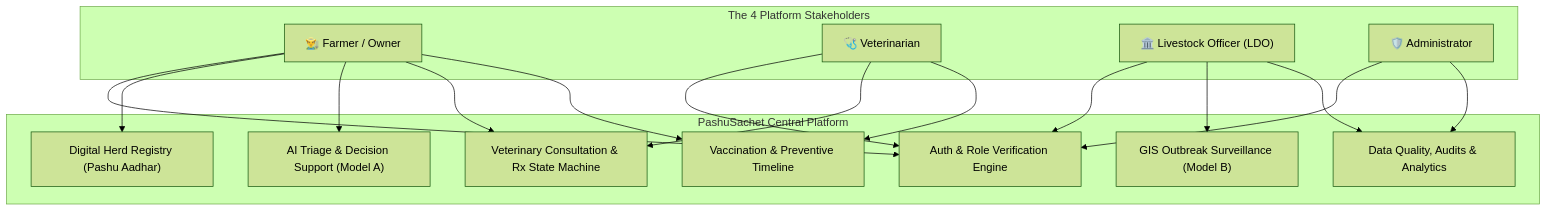
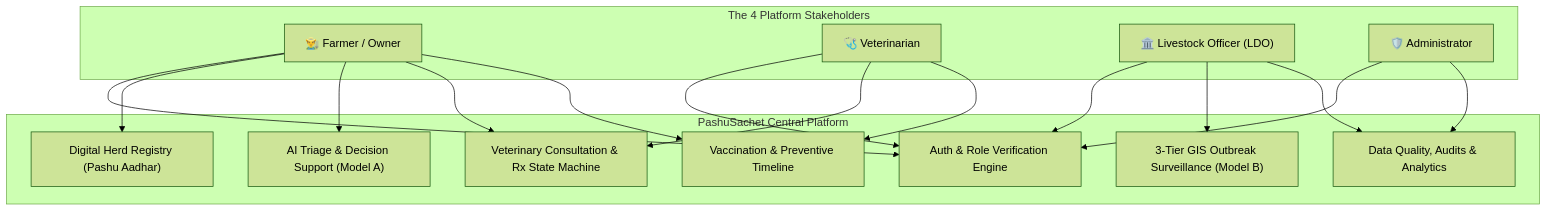
The first of 4 diagrams in plans.md (chetanbhagore/PashuSachet), drawn with Mermaid (forest theme) before and after one commit. The commit also changed other lines of this file, not shown here.

````diff
--- a/plans.md
+++ b/plans.md
@@ -12,36 +14,36 @@
 ```mermaid
 graph TD
     subgraph Roles["The 4 Platform Stakeholders"]
         R1["👨‍🌾 Farmer / Owner"]
         R2["🩺 Veterinarian"]
         R3["🏛️ Livestock Officer (LDO)"]
         R4["🛡️ Administrator"]
     end
 
     subgraph CorePlatform["PashuSachet Central Platform"]
         P1["Auth & Role Verification Engine"]
         P2["Digital Herd Registry (Pashu Aadhar)"]
         P3["AI Triage & Decision Support (Model A)"]
         P4["Veterinary Consultation & Rx State Machine"]
         P5["Vaccination & Preventive Timeline"]
-        P6["GIS Outbreak Surveillance (Model B)"]
+        P6["3-Tier GIS Outbreak Surveillance (Model B)"]
         P7["Data Quality, Audits & Analytics"]
     end
 
     R1 --> P1
     R1 --> P2
     R1 --> P3
     R1 --> P4
     R1 --> P5
 
     R2 --> P1
     R2 --> P4
     R2 --> P5
 
     R3 --> P1
     R3 --> P6
     R3 --> P7
 
     R4 --> P1
     R4 --> P7
 ```
````
